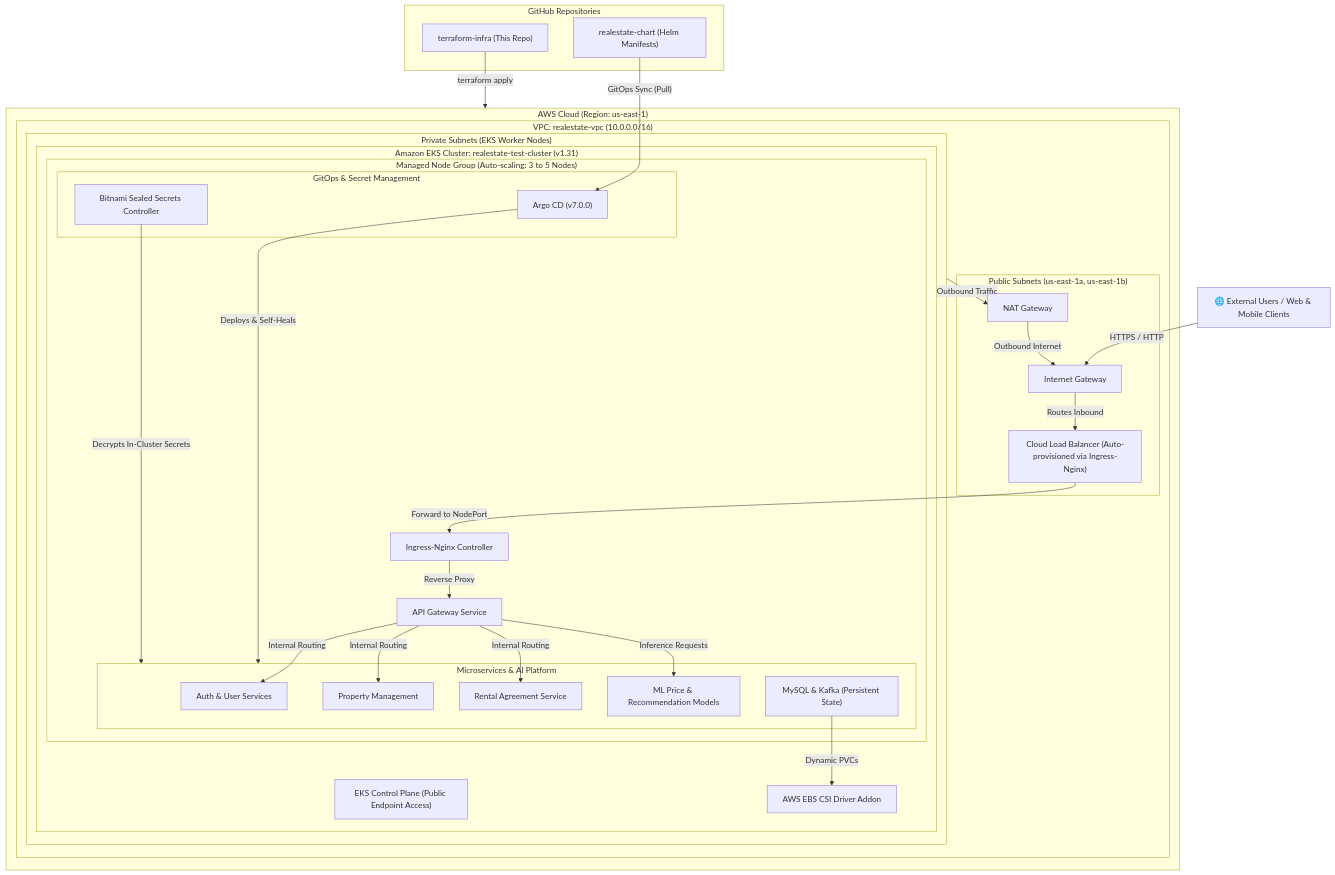
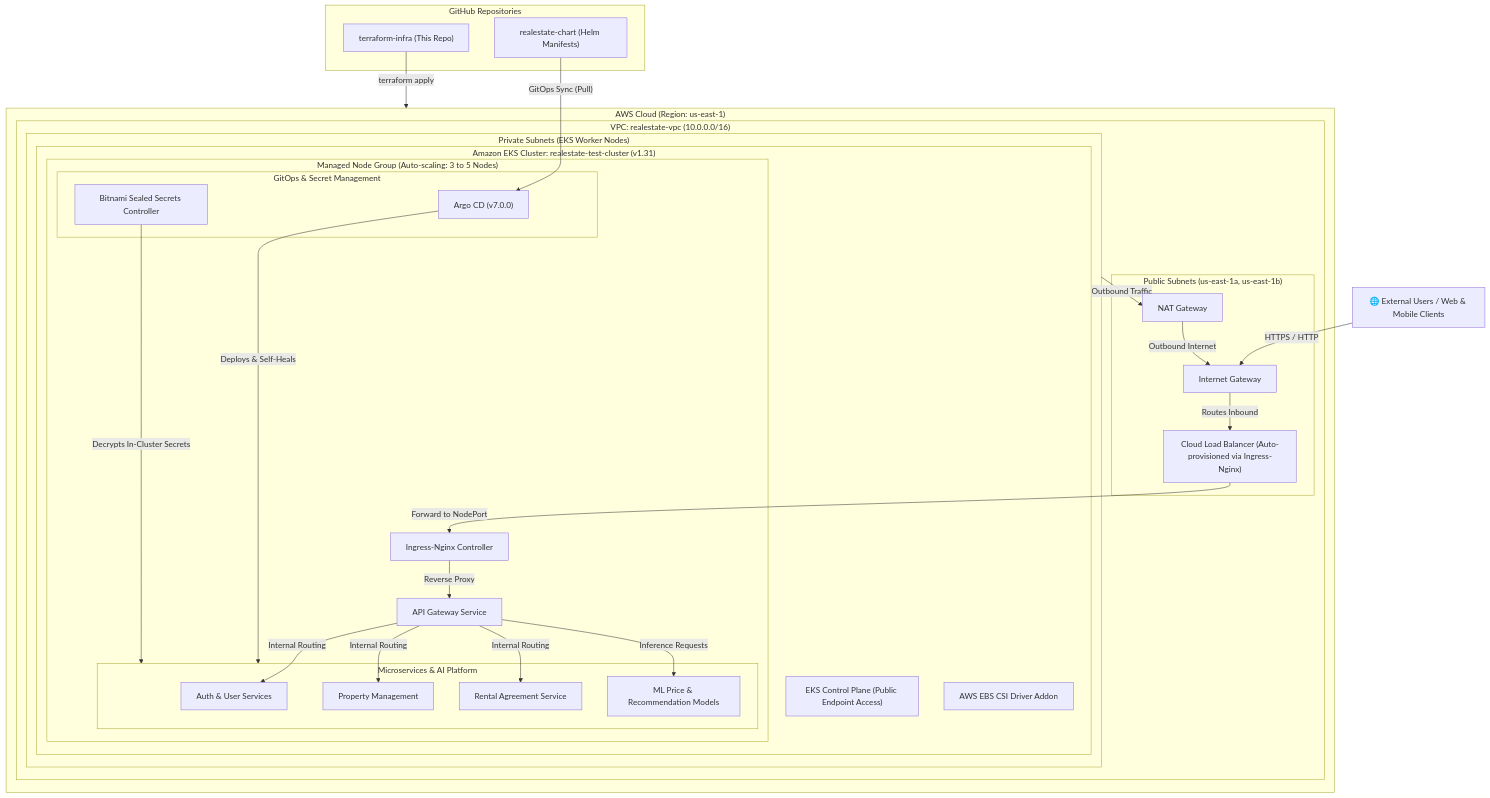
One commit to RealEstate-Rental-JunaidUth-version/Terraform-infrastructure changed the diagram in README.md. Above: the diagram before and after it, drawn with Mermaid. The commit also changed other lines of this file, not shown here.

Commit message:
update readme file

````diff
--- a/README.md
+++ b/README.md
@@ -17,66 +17,64 @@
 ```mermaid
 flowchart TD
     Users["🌐 External Users / Web & Mobile Clients"]
 
     subgraph AWS["AWS Cloud (Region: us-east-1)"]
         subgraph VPC["VPC: realestate-vpc (10.0.0.0/16)"]
             
             subgraph PublicSubnets["Public Subnets (us-east-1a, us-east-1b)"]
                 IGW["Internet Gateway"]
                 CLB["Cloud Load Balancer (Auto-provisioned via Ingress-Nginx)"]
                 NAT["NAT Gateway"]
             end
 
             subgraph PrivateSubnets["Private Subnets (EKS Worker Nodes)"]
                 subgraph EKS["Amazon EKS Cluster: realestate-test-cluster (v1.31)"]
                     ControlPlane["EKS Control Plane (Public Endpoint Access)"]
                     EBSCSI["AWS EBS CSI Driver Addon"]
 
                     subgraph NodeGroup["Managed Node Group (Auto-scaling: 3 to 5 Nodes)"]
                         IngressNginx["Ingress-Nginx Controller"]
                         GatewayService["API Gateway Service"]
 
                         subgraph Microservices["Microservices & AI Platform"]
                             AuthSvc["Auth & User Services"]
                             PropertySvc["Property Management"]
                             RentalSvc["Rental Agreement Service"]
                             MLModels["ML Price & Recommendation Models"]
-                            DataStores["MySQL & Kafka (Persistent State)"]
                         end
 
                         subgraph GitOpsK8s["GitOps & Secret Management"]
                             ArgoCD["Argo CD (v7.0.0)"]
                             SealedController["Bitnami Sealed Secrets Controller"]
                         end
                     end
                 end
             end
         end
     end
 
     subgraph GitHub["GitHub Repositories"]
         InfraRepo["terraform-infra (This Repo)"]
         ChartRepo["realestate-chart (Helm Manifests)"]
     end
 
     %% Inbound User Traffic Flow
     Users -->|"HTTPS / HTTP"| IGW
     IGW -->|"Routes Inbound"| CLB
     CLB -->|"Forward to NodePort"| IngressNginx
     IngressNginx -->|"Reverse Proxy"| GatewayService
     GatewayService -->|"Internal Routing"| AuthSvc
     GatewayService -->|"Internal Routing"| PropertySvc
     GatewayService -->|"Internal Routing"| RentalSvc
     GatewayService -->|"Inference Requests"| MLModels
-    DataStores -->|"Dynamic PVCs"| EBSCSI
 
     %% Outbound Egress Traffic Flow
     PrivateSubnets -->|"Outbound Traffic"| NAT
     NAT -->|"Outbound Internet"| IGW
 
     %% GitOps Continuous Delivery Flow
     InfraRepo -->|"terraform apply"| AWS
     ChartRepo -->|"GitOps Sync (Pull)"| ArgoCD
     ArgoCD -->|"Deploys & Self-Heals"| Microservices
     SealedController -->|"Decrypts In-Cluster Secrets"| Microservices
 ```
````
